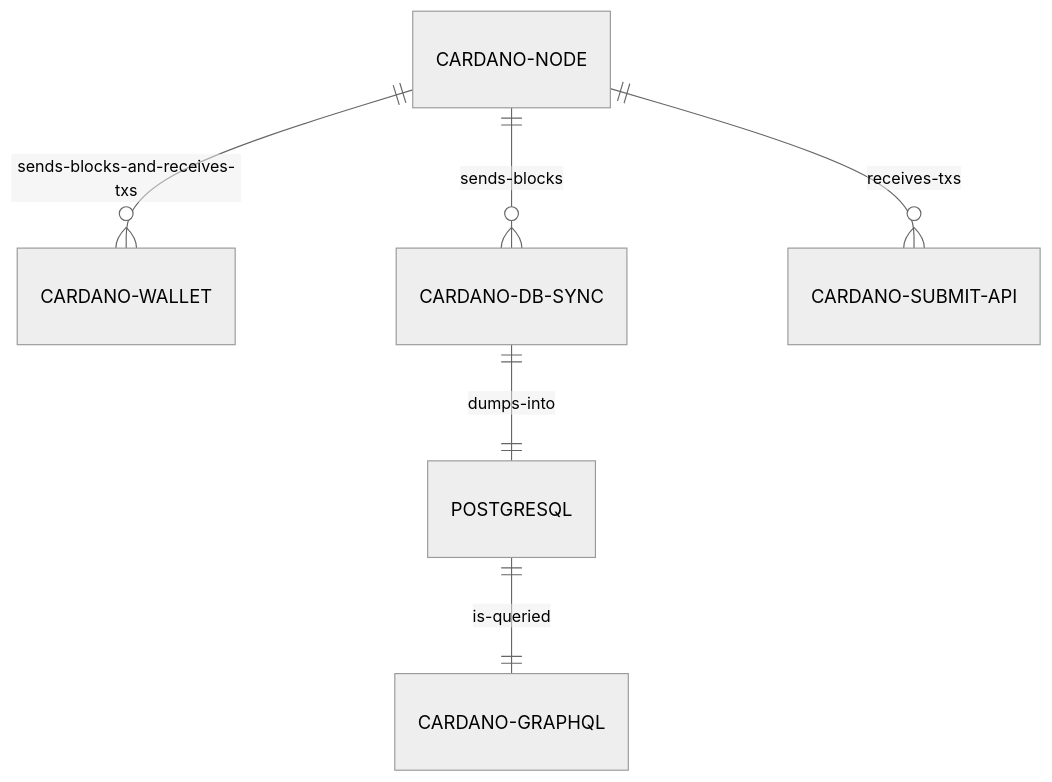
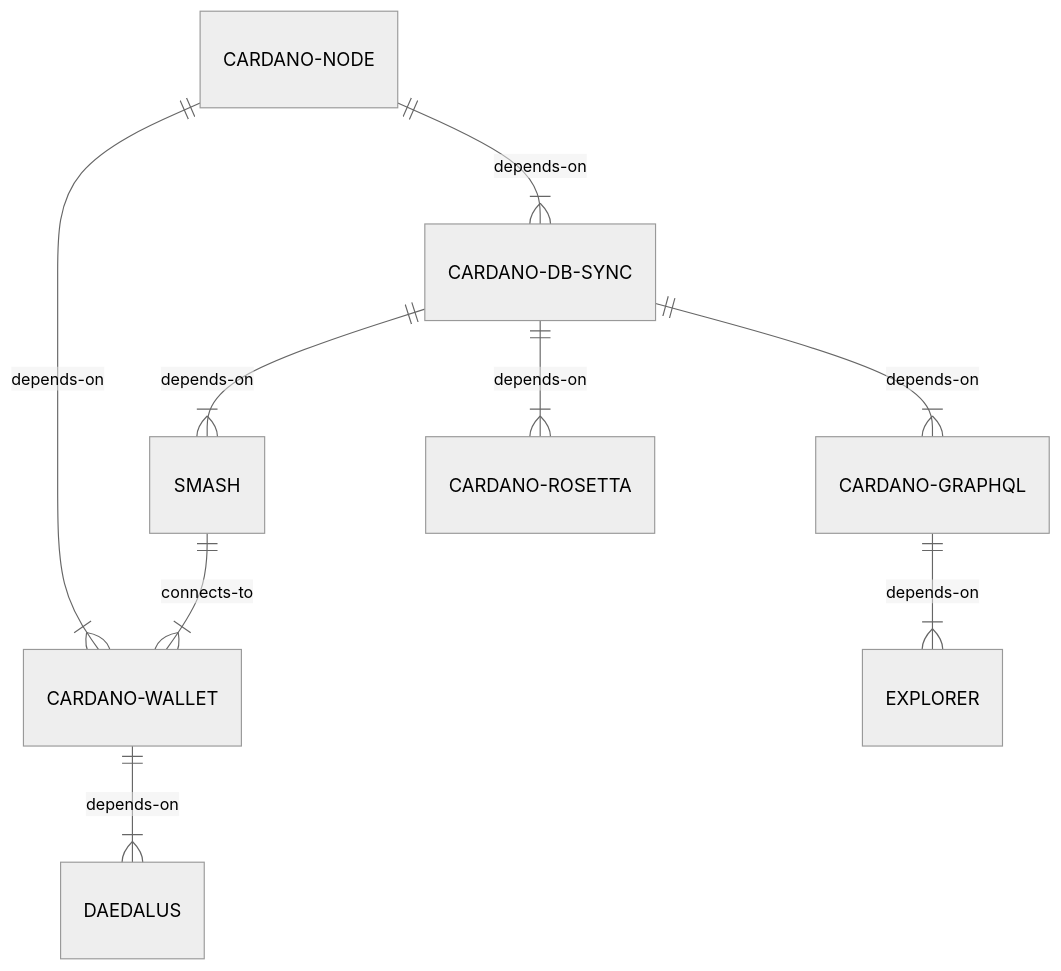
Before and after one commit to input-output-hk/adrestia: the first of 2 diagrams in user-guide/content/docs/architecture.md, drawn with Mermaid (neutral theme). The commit also changed other lines of this file, not shown here.

Commit message:
Update architecture diagram

```diff
--- a/user-guide/content/docs/architecture.md
+++ b/user-guide/content/docs/architecture.md
@@ -8,11 +8,15 @@
 {{< mermaid >}}
 erDiagram
-  CARDANO-NODE ||--o{ CARDANO-WALLET : sends-blocks-and-receives-txs
-  CARDANO-NODE ||--o{ CARDANO-DB-SYNC : sends-blocks
-  CARDANO-NODE ||--o{ CARDANO-SUBMIT-API : receives-txs
+  CARDANO-NODE ||--|{ CARDANO-WALLET : depends-on
+  CARDANO-NODE ||--|{ CARDANO-DB-SYNC : depends-on
 
-  CARDANO-DB-SYNC ||--|| POSTGRESQL : dumps-into
+  CARDANO-DB-SYNC ||--|{ SMASH : depends-on
+  CARDANO-DB-SYNC ||--|{ CARDANO-GRAPHQL : depends-on
+  CARDANO-DB-SYNC ||--|{ CARDANO-ROSETTA : depends-on
 
-  POSTGRESQL ||--|| CARDANO-GRAPHQL : is-queried
+  CARDANO-GRAPHQL ||--|{ EXPLORER : depends-on
+
+  SMASH ||--|{ CARDANO-WALLET: connects-to
+  CARDANO-WALLET ||--|{ DAEDALUS : depends-on
 
 {{< /mermaid >}}
```
